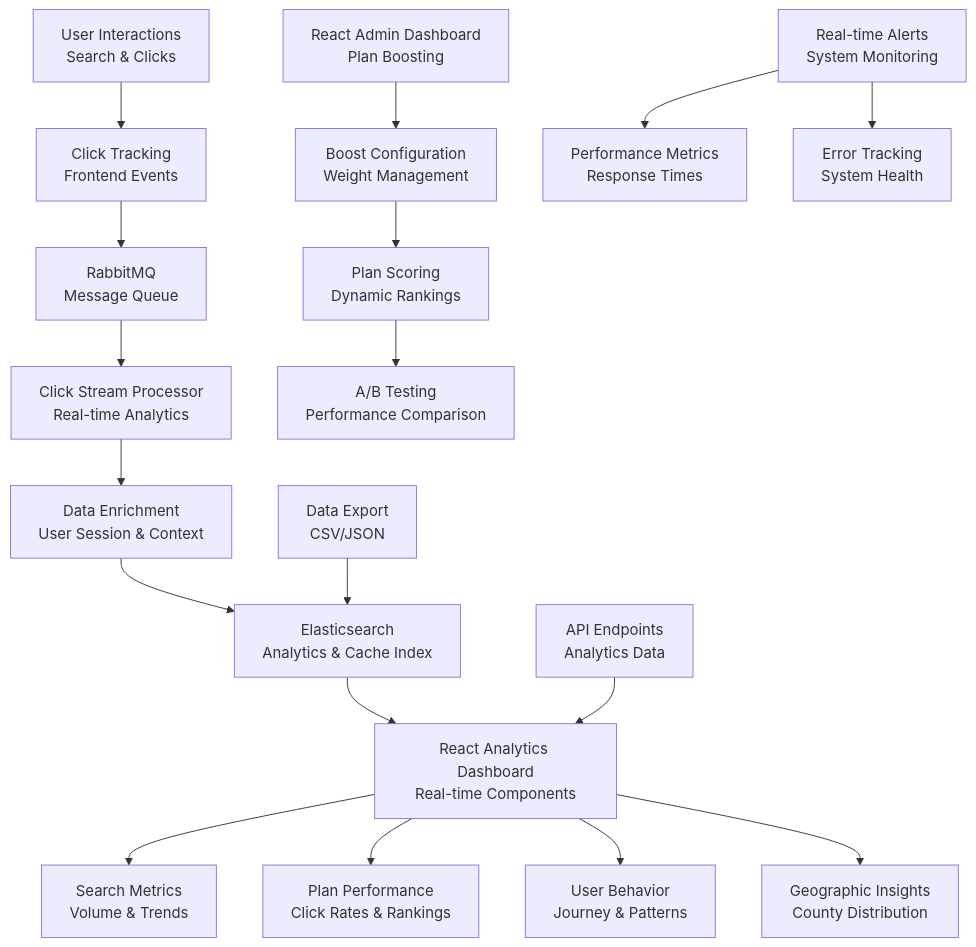
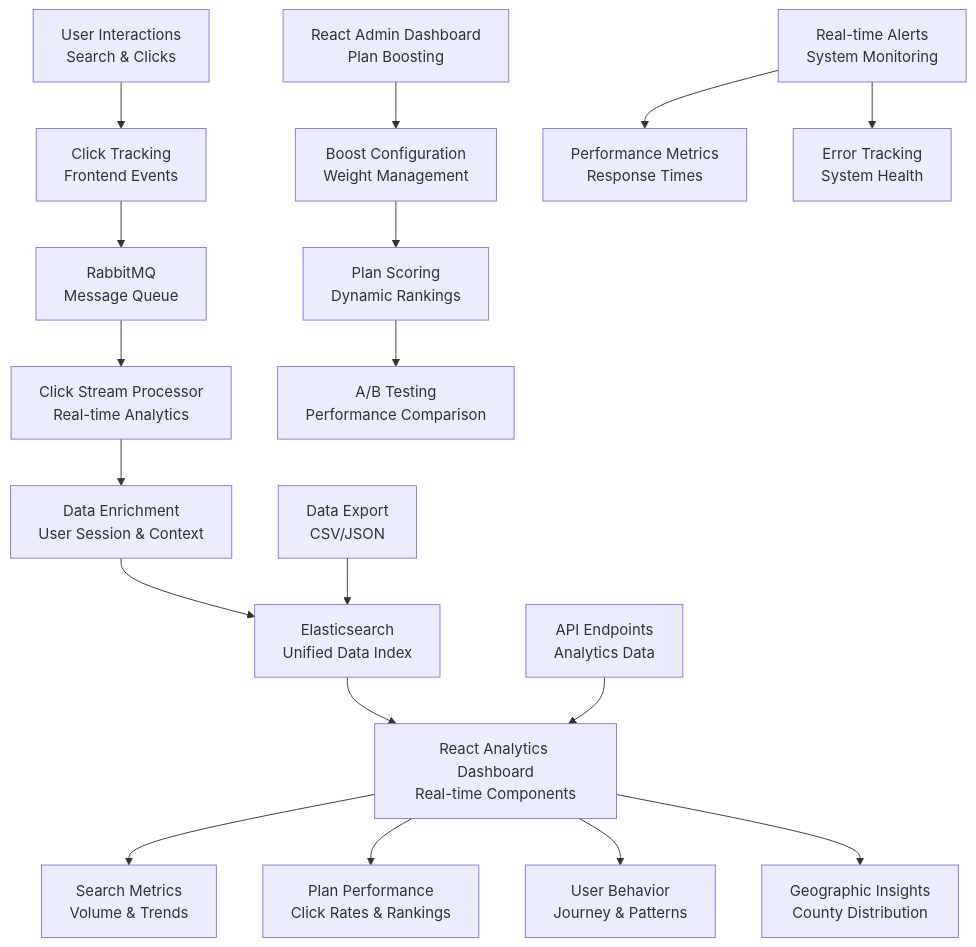
The sixth of 6 diagrams in PROJECT_REQUIREMENTS.md (bommas/ambetter-project), drawn with Mermaid before and after one commit. The commit also changed other lines of this file and 1 other file, not shown here.

First line of the commit message:
Index all click stream data into Elasticsearch

````diff
--- a/PROJECT_REQUIREMENTS.md
+++ b/PROJECT_REQUIREMENTS.md
@@ -246,25 +246,25 @@
 ```mermaid
 graph TB
     A[User Interactions<br/>Search & Clicks] --> B[Click Tracking<br/>Frontend Events]
     B --> C[RabbitMQ<br/>Message Queue]
     
     C --> D[Click Stream Processor<br/>Real-time Analytics]
     D --> E[Data Enrichment<br/>User Session & Context]
-    E --> F[Elasticsearch<br/>Analytics & Cache Index]
+    E --> F[Elasticsearch<br/>Unified Data Index]
     
     F --> G[React Analytics Dashboard<br/>Real-time Components]
     G --> H[Search Metrics<br/>Volume & Trends]
     G --> I[Plan Performance<br/>Click Rates & Rankings]
     G --> J[User Behavior<br/>Journey & Patterns]
     G --> K[Geographic Insights<br/>County Distribution]
     
     L[React Admin Dashboard<br/>Plan Boosting] --> M[Boost Configuration<br/>Weight Management]
     M --> N[Plan Scoring<br/>Dynamic Rankings]
     N --> O[A/B Testing<br/>Performance Comparison]
     
     P[Real-time Alerts<br/>System Monitoring] --> Q[Performance Metrics<br/>Response Times]
     P --> R[Error Tracking<br/>System Health]
     
     S[Data Export<br/>CSV/JSON] --> F
     T[API Endpoints<br/>Analytics Data] --> G
 ```
````
